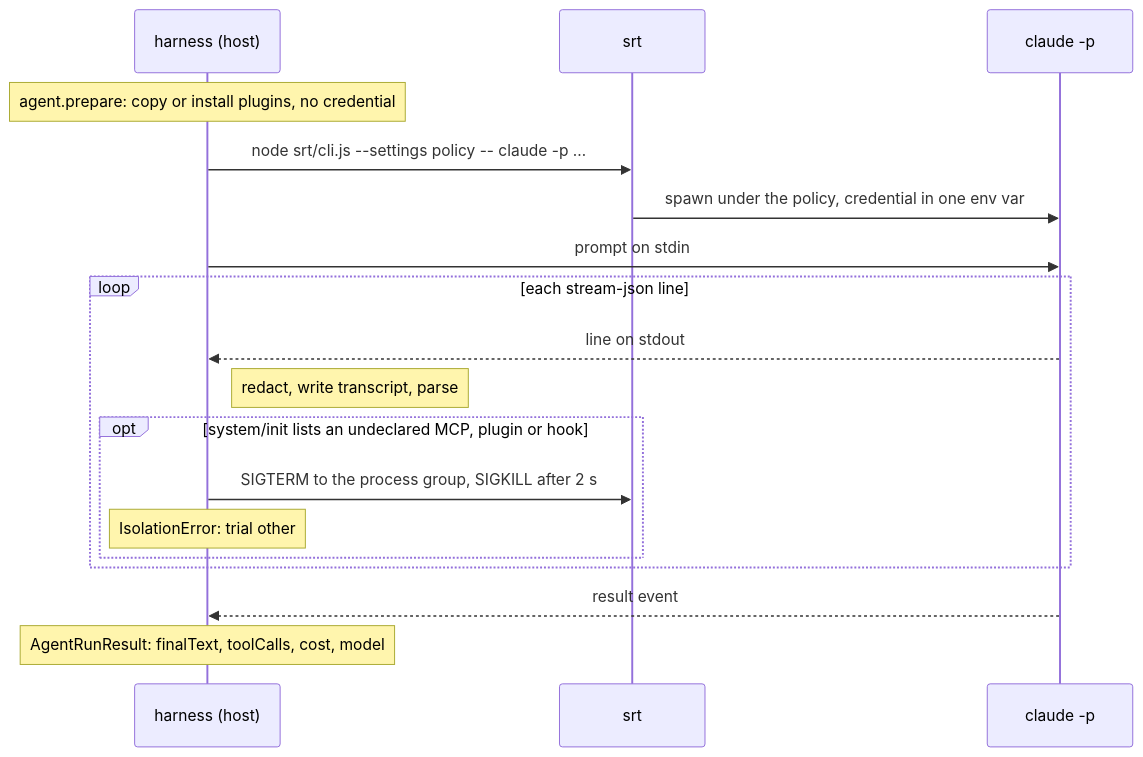
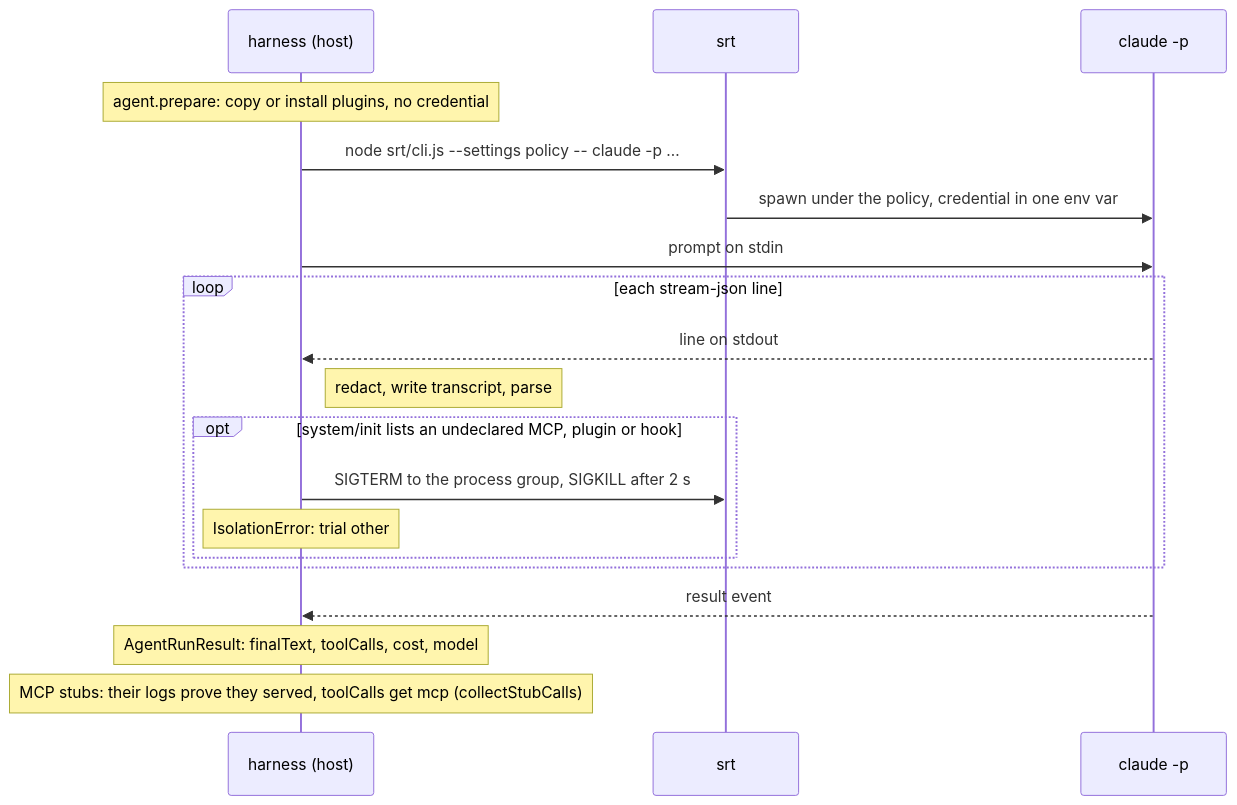
One commit to Luce-Florian/proctor changed the second of 2 diagrams in docs/agents/claude-code/index.md. Above: the diagram before and after it, drawn with Mermaid. The commit also changed other lines of this file and 113 other files, not shown here.

First line of the commit message:
feat!: MCP stubs in evals (#27)

````diff
--- a/docs/agents/claude-code/index.md
+++ b/docs/agents/claude-code/index.md
@@ -16,20 +16,21 @@
 ```mermaid
 sequenceDiagram
     participant H as harness (host)
     participant S as srt
     participant C as claude -p
     Note over H: agent.prepare: copy or install plugins, no credential
     H->>S: node srt/cli.js --settings policy -- claude -p …
     S->>C: spawn under the policy, credential in one env var
     H->>C: prompt on stdin
     loop each stream-json line
         C-->>H: line on stdout
         Note right of H: redact, write transcript, parse
         opt system/init lists an undeclared MCP, plugin or hook
             H->>S: SIGTERM to the process group, SIGKILL after 2 s
             Note over H: IsolationError: trial other
         end
     end
     C-->>H: result event
     Note over H: AgentRunResult: finalText, toolCalls, cost, model
+    Note over H: MCP stubs: their logs prove they served, toolCalls get mcp (collectStubCalls)
 ```
````
